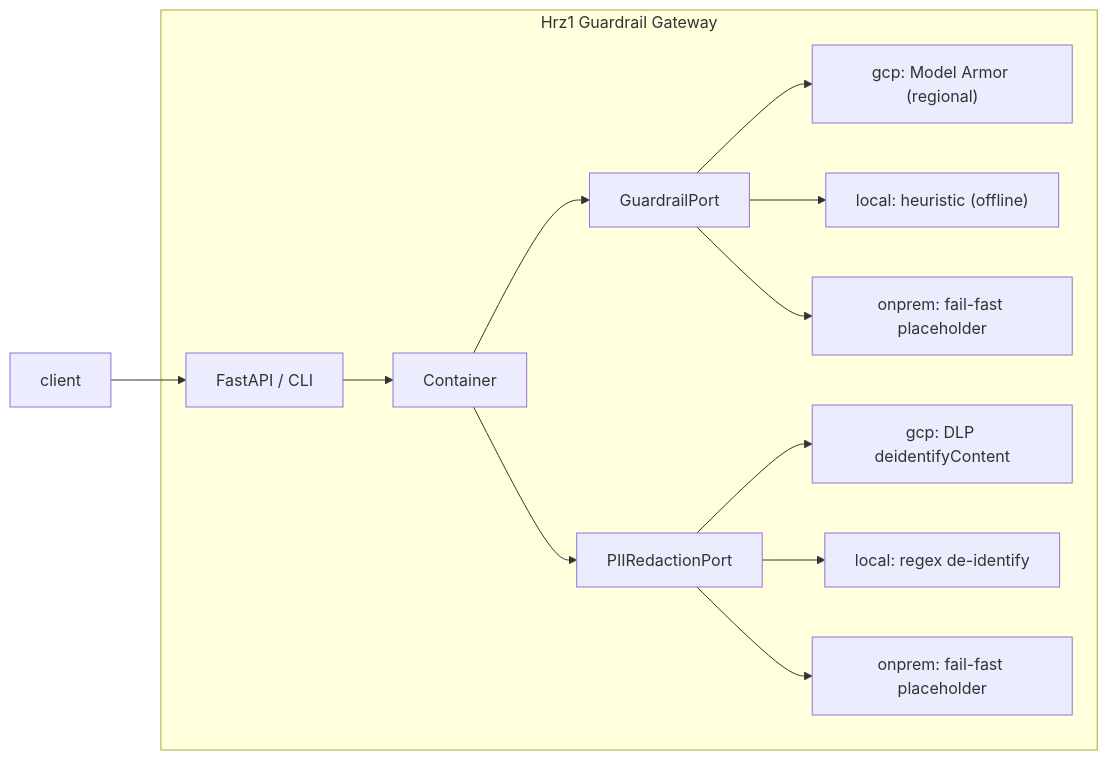
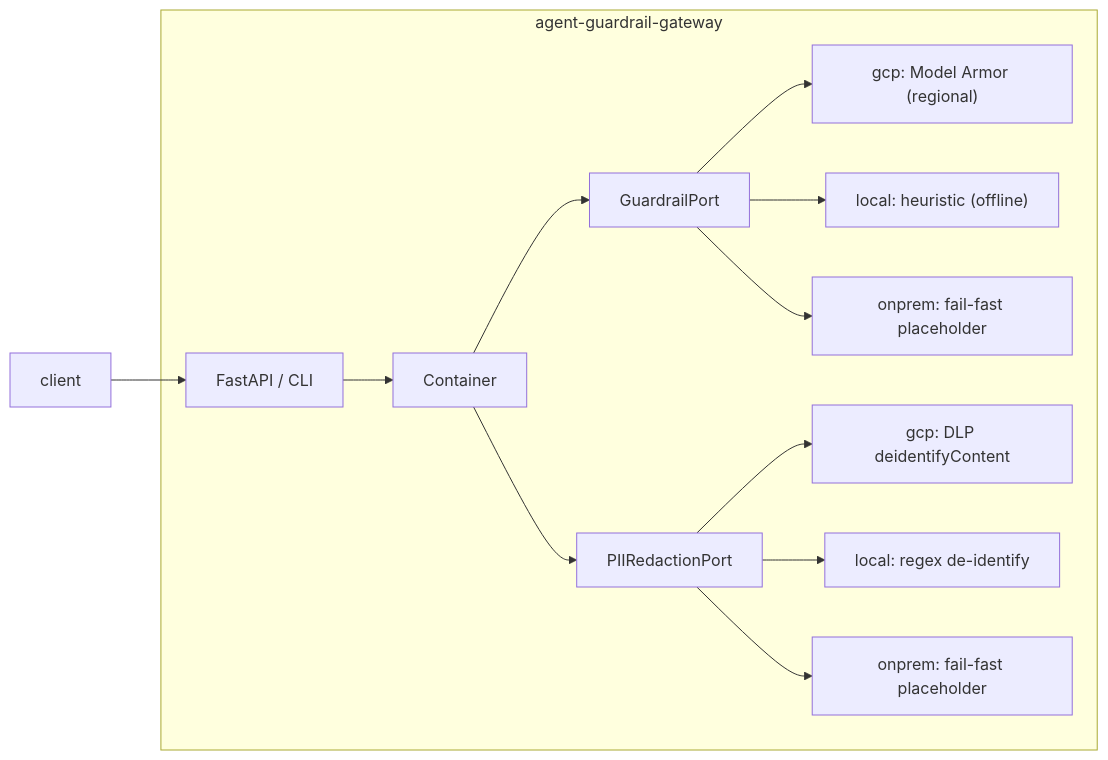
Before and after one commit to portable-genai/agent-guardrail-gateway: the diagram in README.md, drawn with Mermaid. The commit also changed other lines of this file and 29 other files, not shown here.

````diff
--- a/README.md
+++ b/README.md
@@ -44,15 +44,15 @@
 ```mermaid
 flowchart LR
   client["client"] --> fastapi
-  subgraph gateway["Hrz1 Guardrail Gateway"]
+  subgraph gateway["`agent-guardrail-gateway`"]
     fastapi["FastAPI / CLI"] --> container["Container"]
     container --> guardrailPort["GuardrailPort"]
     container --> piiPort["PIIRedactionPort"]
     guardrailPort --> gaGcp["gcp: Model Armor (regional)"]
     guardrailPort --> gaLocal["local: heuristic (offline)"]
     guardrailPort --> gaOnprem["onprem: fail-fast placeholder"]
     piiPort --> dlpGcp["gcp: DLP deidentifyContent"]
     piiPort --> dlpLocal["local: regex de-identify"]
     piiPort --> dlpOnprem["onprem: fail-fast placeholder"]
   end
 ```
````
